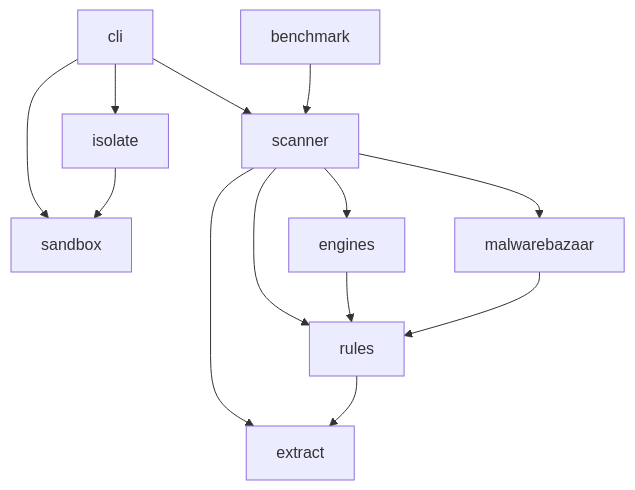
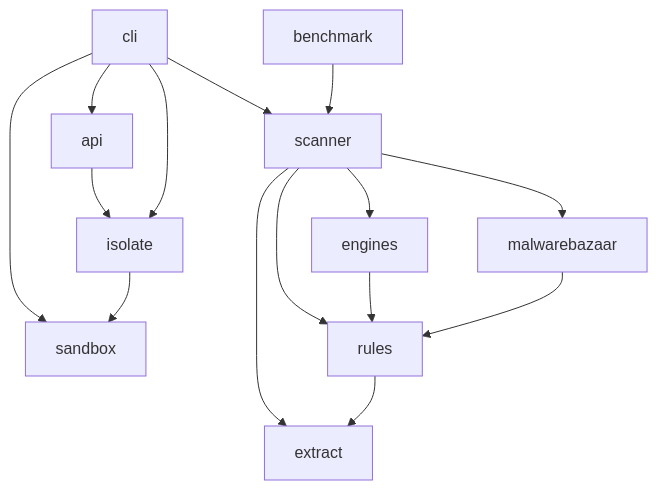
Before and after one commit to nakame9/archive-guard: the first of 2 diagrams in docs/ARCHITECTURE.md, drawn with Mermaid. The commit also changed other lines of this file and 5 other files, not shown here.

````diff
--- a/docs/ARCHITECTURE.md
+++ b/docs/ARCHITECTURE.md
@@ -32,15 +34,17 @@
 ```mermaid
 flowchart TD
+    cli --> api
+    api --> isolate
     cli --> isolate
     cli --> sandbox
     isolate --> sandbox
     cli --> scanner
     benchmark --> scanner
     scanner --> extract
     scanner --> rules
     scanner --> engines
     scanner --> malwarebazaar
     engines --> rules
     malwarebazaar --> rules
     rules --> extract
 ```
````
